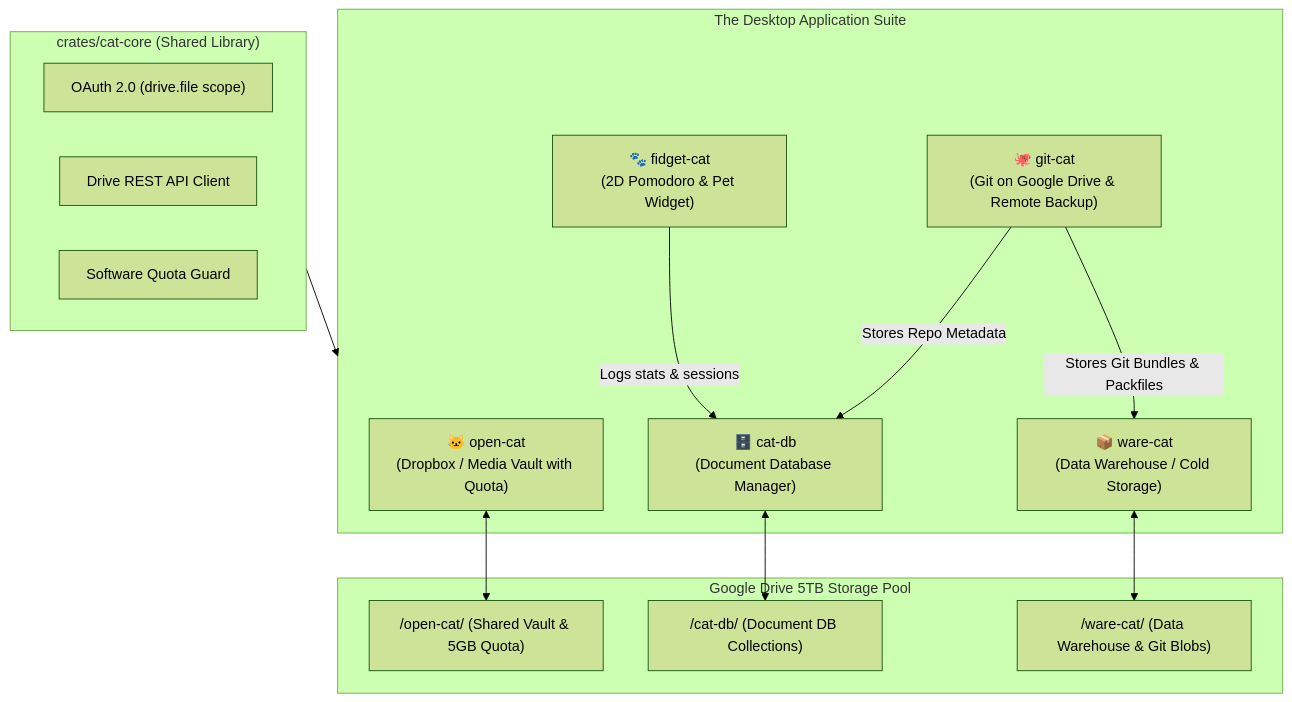
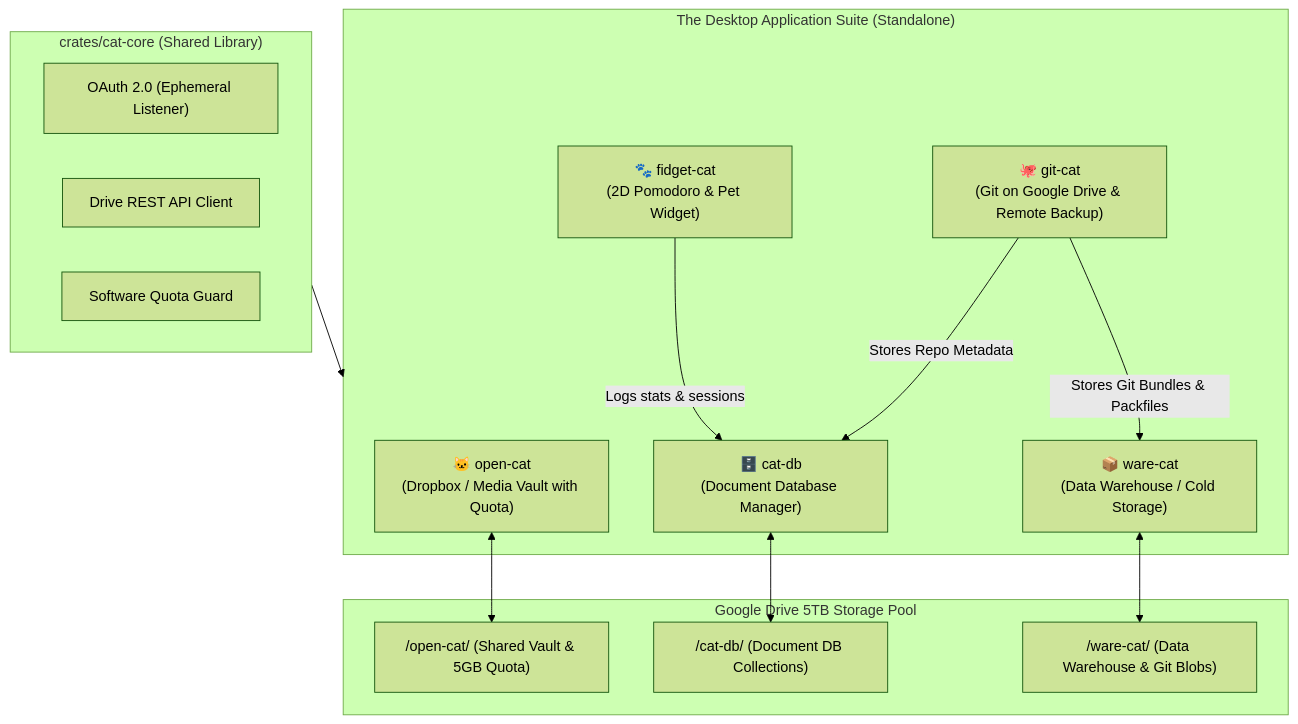
The diagram in CAT_ECOSYSTEM_MASTER_SPEC.md (kabyanpathak/nappy-cat), drawn with Mermaid (forest theme) before and after one commit. The commit also changed other lines of this file and 14 other files, not shown here.

Commit message:
R - updated architecture to Thick Core, Thin Client and standalone gui

````diff
--- a/CAT_ECOSYSTEM_MASTER_SPEC.md
+++ b/CAT_ECOSYSTEM_MASTER_SPEC.md
@@ -35,30 +36,30 @@
 ```mermaid
 flowchart TB
     subgraph Storage["Google Drive 5TB Storage Pool"]
         OpenCatFolder["/open-cat/ (Shared Vault & 5GB Quota)"]
         CatDbFolder["/cat-db/ (Document DB Collections)"]
         WareCatFolder["/ware-cat/ (Data Warehouse & Git Blobs)"]
     end
 
     subgraph CoreEngine["crates/cat-core (Shared Library)"]
-        Auth["OAuth 2.0 (drive.file scope)"]
+        Auth["OAuth 2.0 (Ephemeral Listener)"]
         DriveREST["Drive REST API Client"]
         Quota["Software Quota Guard"]
     end
 
-    subgraph Apps["The Desktop Application Suite"]
+    subgraph Apps["The Desktop Application Suite (Standalone)"]
         App1["🐱 open-cat\n(Dropbox / Media Vault with Quota)"]
         App2["🗄️ cat-db\n(Document Database Manager)"]
         App3["🐾 fidget-cat\n(2D Pomodoro & Pet Widget)"]
         App4["📦 ware-cat\n(Data Warehouse / Cold Storage)"]
         App5["🐙 git-cat\n(Git on Google Drive & Remote Backup)"]
     end
 
     CoreEngine --> Apps
     App1 <--> OpenCatFolder
     App2 <--> CatDbFolder
     App3 -->|"Logs stats & sessions"| App2
     App4 <--> WareCatFolder
     App5 -->|"Stores Git Bundles & Packfiles"| App4
     App5 -->|"Stores Repo Metadata"| App2
 ```
````
